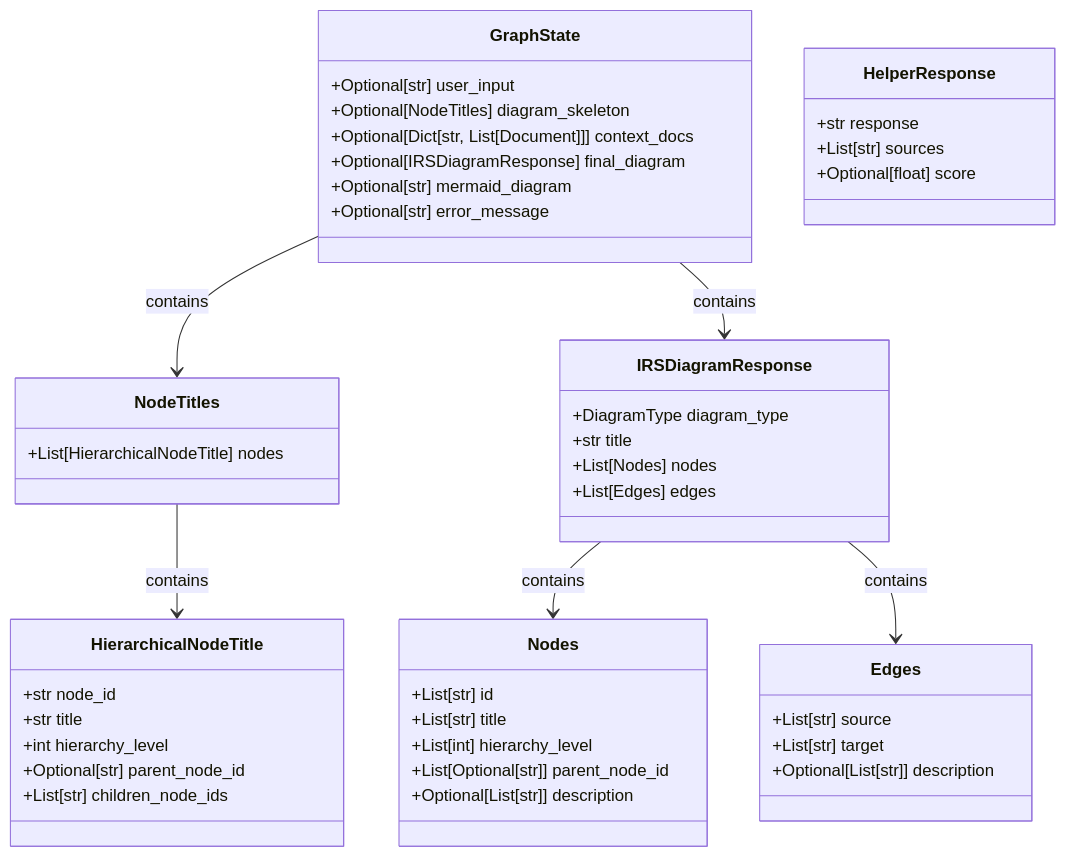
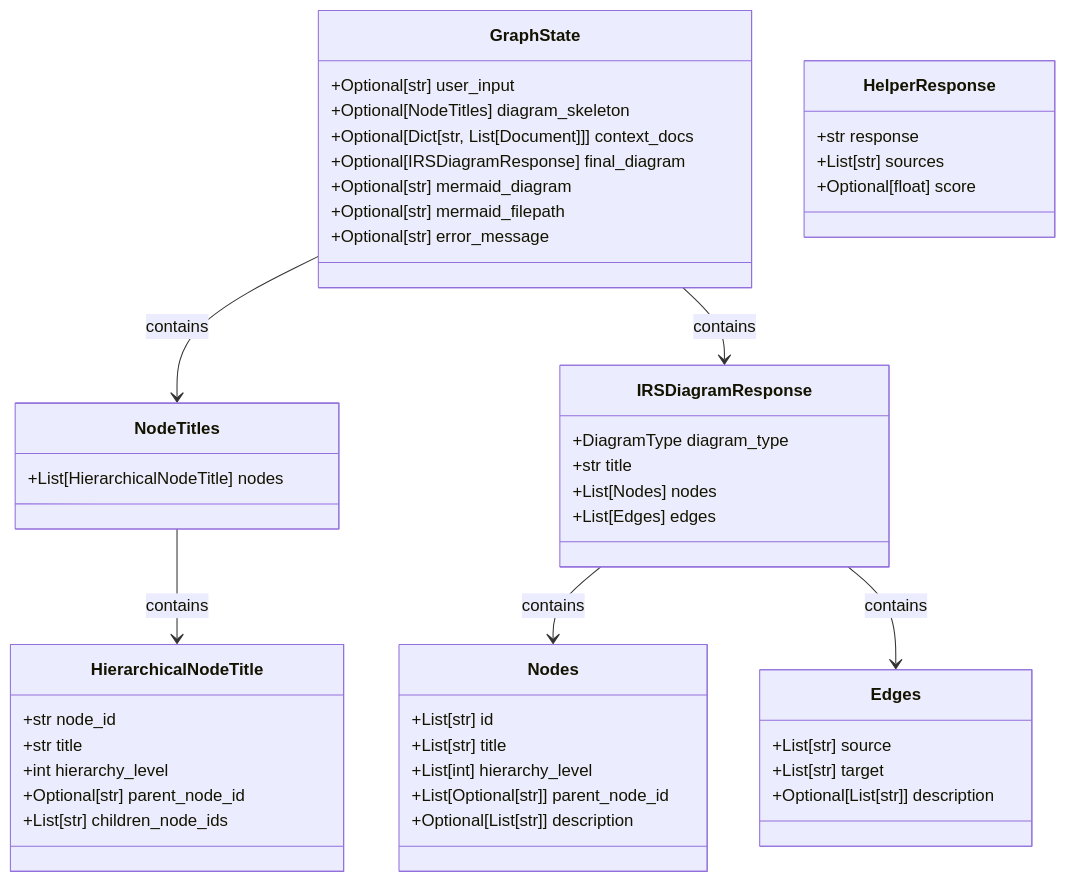
The ninth of 10 diagrams in README.md (h19overflow/diagram_maker), drawn with Mermaid before and after one commit. The commit also changed other lines of this file, not shown here.

````diff
--- a/README.md
+++ b/README.md
@@ -441,56 +444,57 @@
 ```mermaid
 classDiagram
     class GraphState {
         +Optional[str] user_input
         +Optional[NodeTitles] diagram_skeleton
         +Optional[Dict[str, List[Document]]] context_docs
         +Optional[IRSDiagramResponse] final_diagram
         +Optional[str] mermaid_diagram
+        +Optional[str] mermaid_filepath
         +Optional[str] error_message
     }
 
     class NodeTitles {
         +List[HierarchicalNodeTitle] nodes
     }
 
     class HierarchicalNodeTitle {
         +str node_id
         +str title
         +int hierarchy_level
         +Optional[str] parent_node_id
         +List[str] children_node_ids
     }
 
     class IRSDiagramResponse {
         +DiagramType diagram_type
         +str title
         +List[Nodes] nodes
         +List[Edges] edges
     }
 
     class Nodes {
         +List[str] id
         +List[str] title
         +List[int] hierarchy_level
         +List[Optional[str]] parent_node_id
         +Optional[List[str]] description
     }
 
     class Edges {
         +List[str] source
         +List[str] target
         +Optional[List[str]] description
     }
 
     class HelperResponse {
         +str response
         +List[str] sources
         +Optional[float] score
     }
 
     GraphState --> NodeTitles : contains
     GraphState --> IRSDiagramResponse : contains
     NodeTitles --> HierarchicalNodeTitle : contains
     IRSDiagramResponse --> Nodes : contains
     IRSDiagramResponse --> Edges : contains
 ```
````
